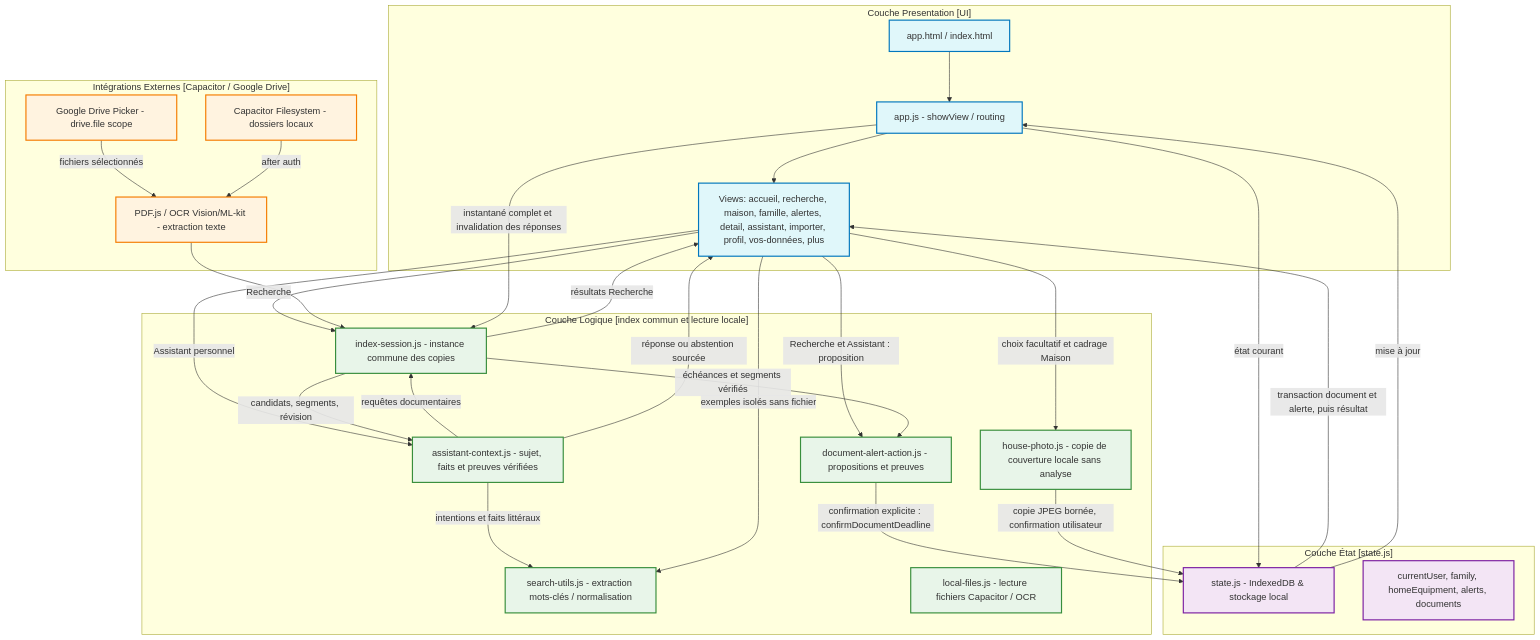
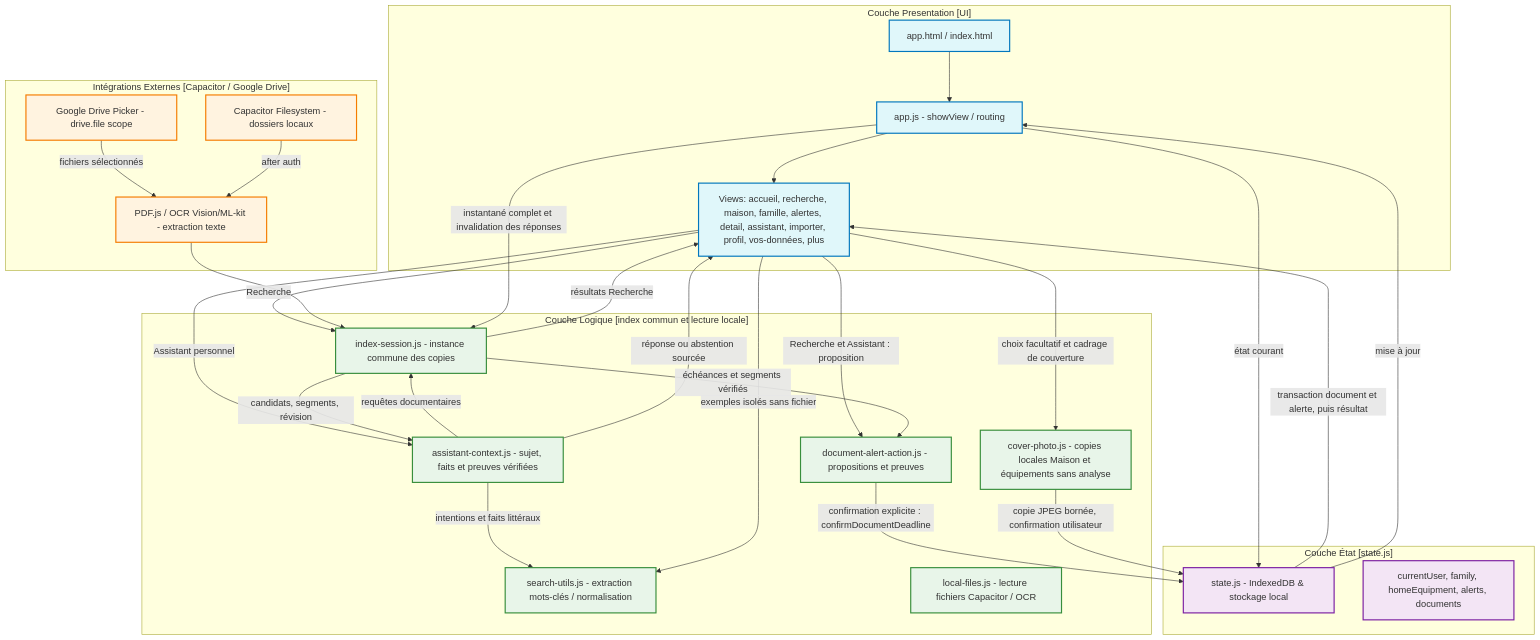
The diagram in projets/famili-ia/docs/architecture/mermaid/overview.mmd (stn-user/workspace), drawn with Mermaid before and after one commit. The commit also changed 11 other files, not shown here.

```diff
--- a/projets/famili-ia/docs/architecture/mermaid/overview.mmd
+++ b/projets/famili-ia/docs/architecture/mermaid/overview.mmd
@@ -1,66 +1,66 @@
 graph TD
     %% Couches d'application
     subgraph "Couche Presentation [UI]"
         A[app.html / index.html]
         B[app.js - showView / routing]
         C[Views: accueil, recherche, maison, famille, alertes, detail, assistant, importer, profil, vos-données, plus]
     end
 
     subgraph "Couche État [state.js]"
         D[state.js - IndexedDB & stockage local]
         E[currentUser, family, homeEquipment, alerts, documents]
     end
 
     subgraph "Couche Logique [index commun et lecture locale]"
         F[search-utils.js - extraction mots-clés / normalisation]
         G[local-files.js - lecture fichiers Capacitor / OCR]
         H[index-session.js - instance commune des copies]
         L[assistant-context.js - sujet, faits et preuves vérifiées]
         M[document-alert-action.js - propositions et preuves]
-        N[house-photo.js - copie de couverture locale sans analyse]
+        N[cover-photo.js - copies locales Maison et équipements sans analyse]
     end
 
     subgraph "Intégrations Externes [Capacitor / Google Drive]"
         I[Capacitor Filesystem - dossiers locaux]
         J[Google Drive Picker - drive.file scope]
         K[PDF.js / OCR Vision/ML-kit - extraction texte]
     end
 
     %% Flux de données
     A --> B
     B --> C
     C -->|Recherche| H
     C -->|Assistant personnel| L
     L -->|intentions et faits littéraux| F
     L -->|requêtes documentaires| H
     H -->|candidats, segments, révision| L
     L -->|réponse ou abstention sourcée| C
     H -->|résultats Recherche| C
     C -->|exemples isolés sans fichier| F
     C -->|Recherche et Assistant : proposition| M
     H -->|échéances et segments vérifiés| M
     M -->|confirmation explicite : confirmDocumentDeadline| D
     D -->|transaction document et alerte, puis résultat| C
-    C -->|choix facultatif et cadrage Maison| N
+    C -->|choix facultatif et cadrage de couverture| N
     N -->|copie JPEG bornée, confirmation utilisateur| D
 
     %% Flux cloud
     J -->|fichiers sélectionnés| K
     K --> H
     I -->|after auth| K
 
     %% État
     D -->|mise à jour| B
     B -->|état courant| D
     B -->|instantané complet et invalidation des réponses| H
 
     %% Style
     classDef ui fill:#e0f7fa,stroke:#0277bd,stroke-width:2px;
     classDef state fill:#f3e5f5,stroke:#7b1fa2,stroke-width:2px;
     classDef logic fill:#e8f5e9,stroke:#388e3c,stroke-width:2px;
     classDef ext fill:#fff3e0,stroke:#f57c00,stroke-width:2px;
 
     class A,B,C ui;
     class D,E state;
     class F,G,H,L,M,N logic;
     class I,J,K ext;
```
